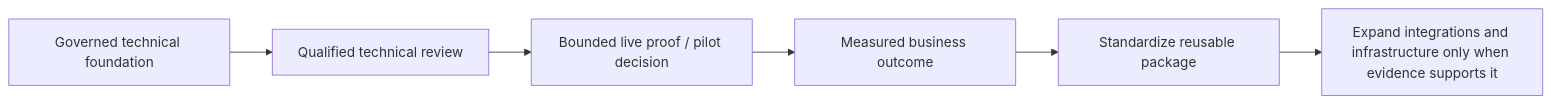
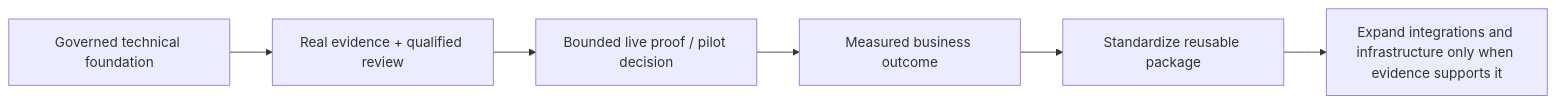
Before and after one commit to Alvaro-Olivas/GoNica-Evidence-Room: the diagram in CURRENT_STATE.md, drawn with Mermaid. The commit also changed other lines of this file, not shown here.

Commit message:
Advance public current state through Aug 19 evidence work

````diff
--- a/CURRENT_STATE.md
+++ b/CURRENT_STATE.md
@@ -41,8 +88,8 @@
 ```mermaid
 flowchart LR
-    A[Governed technical foundation] --> B[Qualified technical review]
+    A[Governed technical foundation] --> B[Real evidence + qualified review]
     B --> C[Bounded live proof / pilot decision]
     C --> D[Measured business outcome]
     D --> E[Standardize reusable package]
     E --> F[Expand integrations and infrastructure only when evidence supports it]
 ```
````
